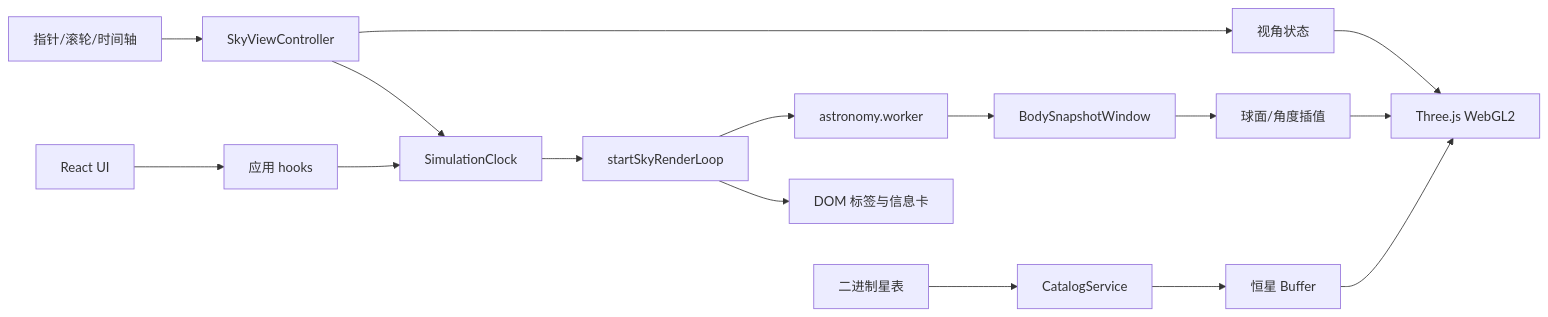
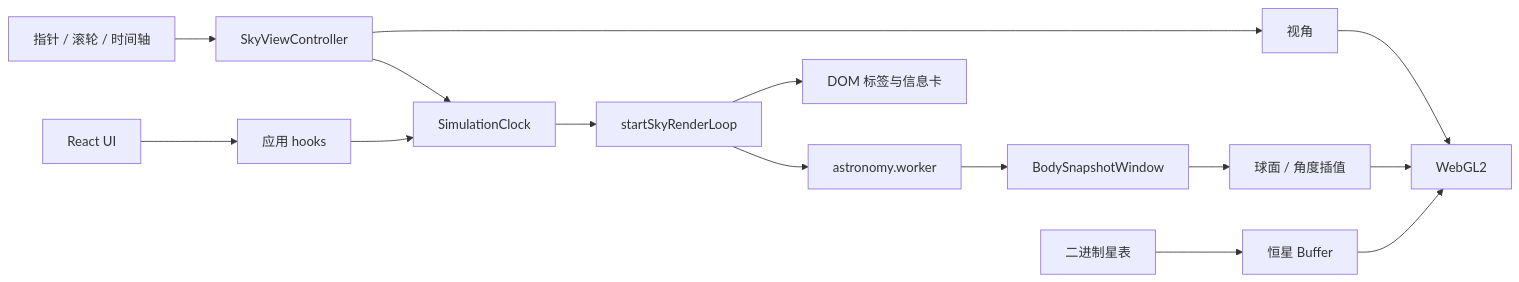
The diagram in docs/technical.md (gunerguner/AdAstra), drawn with Mermaid before and after one commit. The commit also changed other lines of this file and 25 other files, not shown here.

````diff
--- a/docs/technical.md
+++ b/docs/technical.md
@@ -79,21 +38,19 @@
 ```mermaid
 flowchart LR
     UI[React UI] --> Hooks[应用 hooks]
-    Input[指针/滚轮/时间轴] --> Controller[SkyViewController]
+    Input[指针 / 滚轮 / 时间轴] --> Controller[SkyViewController]
     Controller --> Clock[SimulationClock]
-    Controller --> Camera[视角状态]
+    Controller --> Camera[视角]
     Hooks --> Clock
 
     Clock --> Loop[startSkyRenderLoop]
     Loop --> Worker[astronomy.worker]
     Worker --> Window[BodySnapshotWindow]
-    Window --> Interpolator[球面/角度插值]
+    Window --> Interp[球面 / 角度插值]
 
-    Catalog[二进制星表] --> CatalogService
-    CatalogService --> GPU[恒星 Buffer]
-
-    Camera --> Renderer[Three.js WebGL2]
-    Interpolator --> Renderer
+    Catalog[二进制星表] --> GPU[恒星 Buffer]
+    Camera --> Renderer[WebGL2]
+    Interp --> Renderer
     GPU --> Renderer
     Loop --> Overlay[DOM 标签与信息卡]
 ```
````
